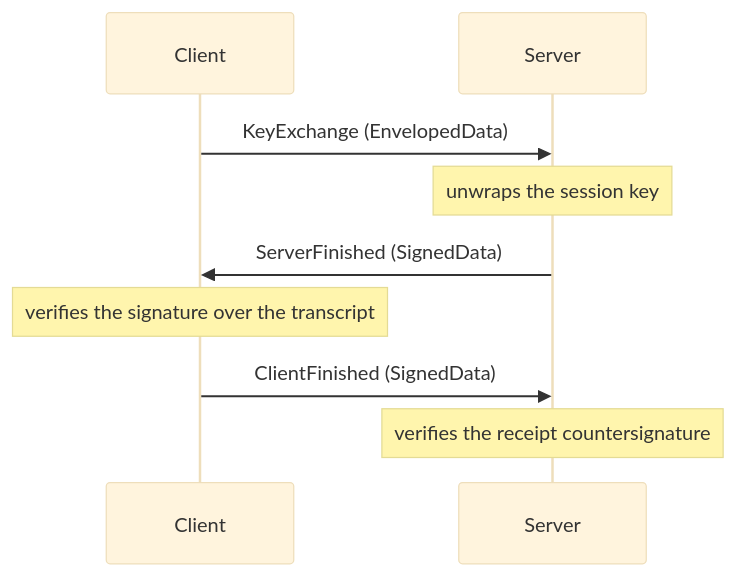
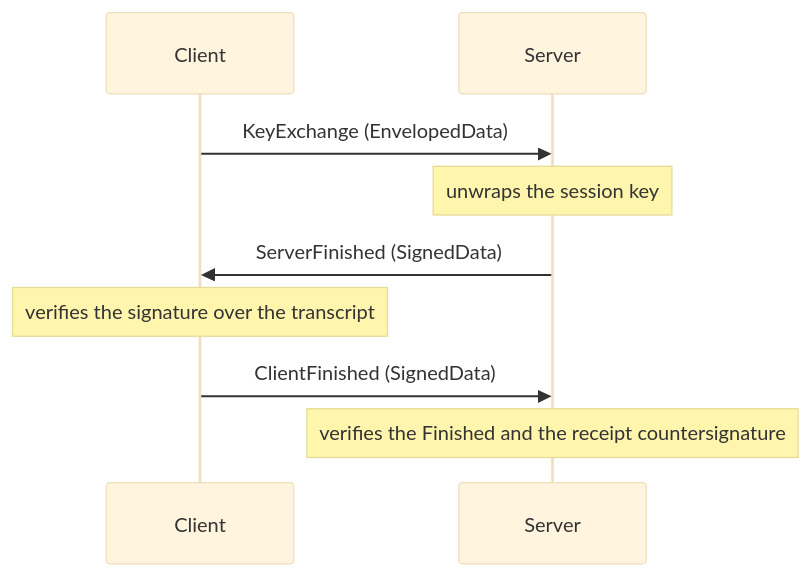
The third of 7 diagrams in docs/handshake.md (wahidgroup/tightbeam), drawn with Mermaid (base theme) before and after one commit. The commit also changed other lines of this file and 45 other files, not shown here.

````diff
--- a/docs/handshake.md
+++ b/docs/handshake.md
@@ -96,11 +98,11 @@
 ```mermaid
 sequenceDiagram
     participant C as Client
     participant S as Server
     C->>S: KeyExchange (EnvelopedData)
     Note over S: unwraps the session key
     S->>C: ServerFinished (SignedData)
     Note over C: verifies the signature over the transcript
     C->>S: ClientFinished (SignedData)
-    Note over S: verifies the receipt countersignature
+    Note over S: verifies the Finished and the receipt countersignature
 ```
````
